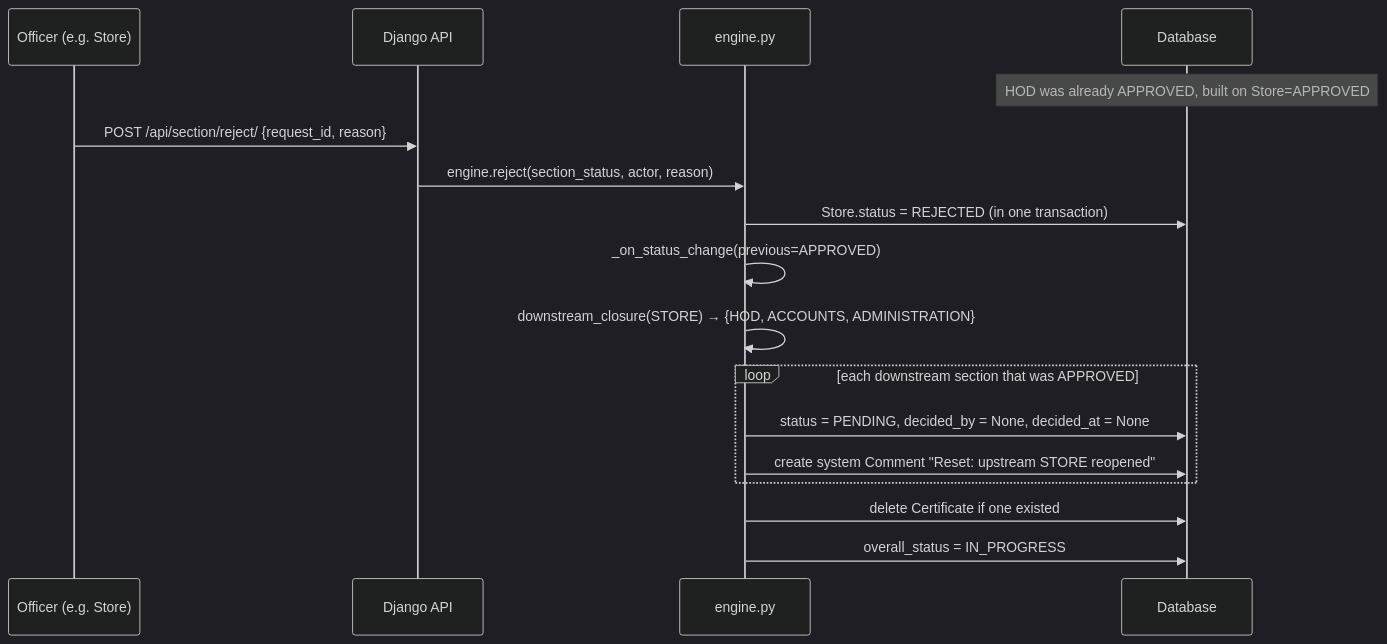
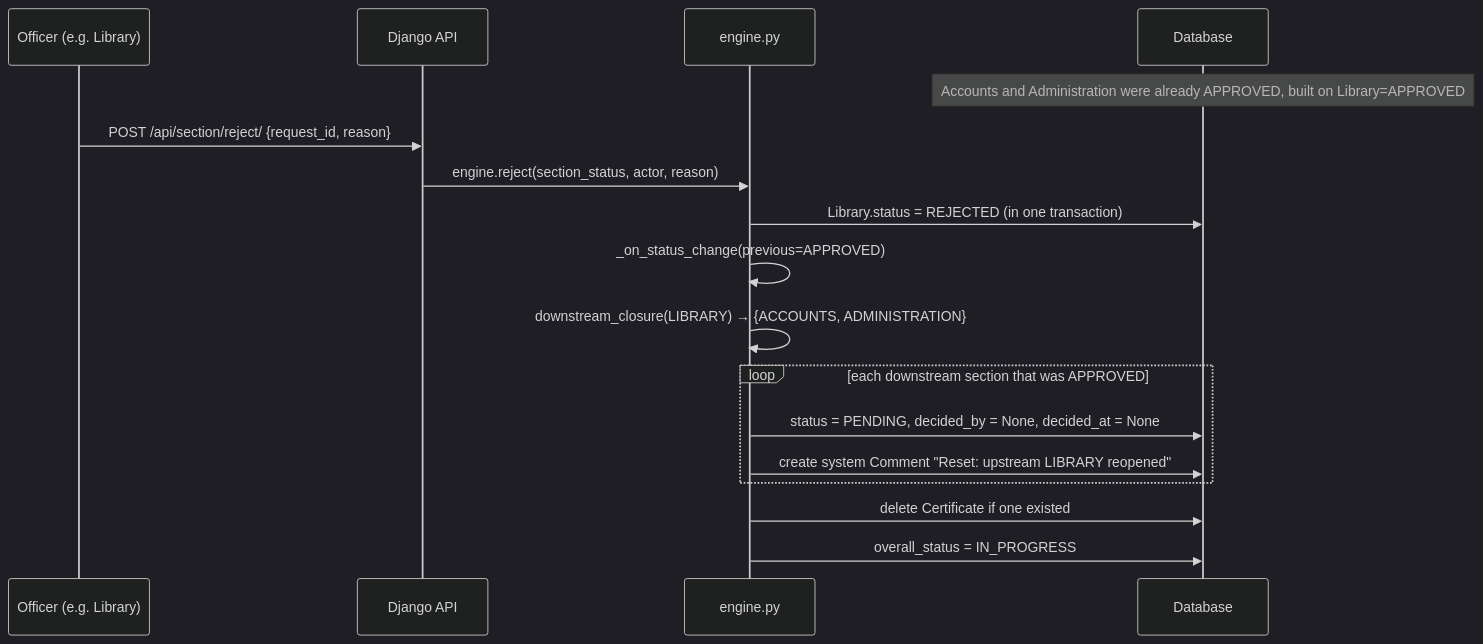
The third of 3 diagrams in docs/ARCHITECTURE.md (manashatwar/LNMIIT-NO-DUES-PORTAL), drawn with Mermaid (dark theme) before and after one commit. The commit also changed other lines of this file and 8 other files, not shown here.

````diff
--- a/docs/ARCHITECTURE.md
+++ b/docs/ARCHITECTURE.md
@@ -95,21 +95,21 @@
 ```mermaid
 sequenceDiagram
-    participant O as Officer (e.g. Store)
+    participant O as Officer (e.g. Library)
     participant API as Django API
     participant ENG as engine.py
     participant DB as Database
 
-    Note over DB: HOD was already APPROVED, built on Store=APPROVED
+    Note over DB: Accounts and Administration were already APPROVED, built on Library=APPROVED
 
     O->>API: POST /api/section/reject/ {request_id, reason}
     API->>ENG: engine.reject(section_status, actor, reason)
-    ENG->>DB: Store.status = REJECTED (in one transaction)
+    ENG->>DB: Library.status = REJECTED (in one transaction)
     ENG->>ENG: _on_status_change(previous=APPROVED)
-    ENG->>ENG: downstream_closure(STORE) → {HOD, ACCOUNTS, ADMINISTRATION}
+    ENG->>ENG: downstream_closure(LIBRARY) → {ACCOUNTS, ADMINISTRATION}
     loop each downstream section that was APPROVED
         ENG->>DB: status = PENDING, decided_by = None, decided_at = None
-        ENG->>DB: create system Comment "Reset: upstream STORE reopened"
+        ENG->>DB: create system Comment "Reset: upstream LIBRARY reopened"
     end
     ENG->>DB: delete Certificate if one existed
     ENG->>DB: overall_status = IN_PROGRESS
 ```
````
